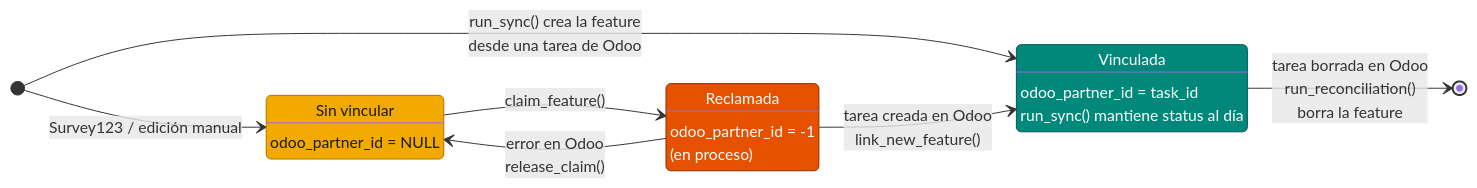
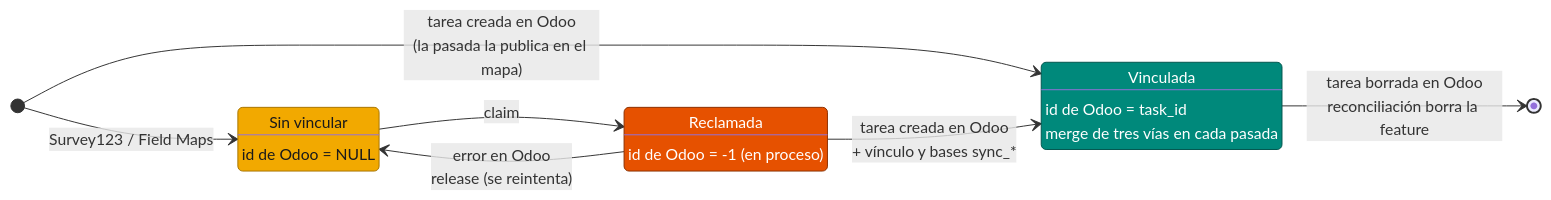
One commit to osbonilla/IntegracionOdooArcGIS changed the seventh of 7 diagrams in README.md. Above: the diagram before and after it, drawn with Mermaid. The commit also changed other lines of this file and 9 other files, not shown here.

````diff
--- a/README.md
+++ b/README.md
@@ -467,27 +397,26 @@
 ```mermaid
 stateDiagram-v2
     direction LR
     state "Sin vincular" as SinVincular
     state "Reclamada" as Reclamada
     state "Vinculada" as Vinculada
 
-    SinVincular : odoo_partner_id = NULL
-    Reclamada : odoo_partner_id = -1
-    Reclamada : (en proceso)
-    Vinculada : odoo_partner_id = task_id
-    Vinculada : run_sync() mantiene status al día
+    SinVincular : id de Odoo = NULL
+    Reclamada : id de Odoo = -1 (en proceso)
+    Vinculada : id de Odoo = task_id
+    Vinculada : merge de tres vías en cada pasada
 
-    [*] --> SinVincular : Survey123 / edición manual
-    [*] --> Vinculada : run_sync() crea la feature<br/>desde una tarea de Odoo
-    SinVincular --> Reclamada : claim_feature()
-    Reclamada --> Vinculada : tarea creada en Odoo<br/>link_new_feature()
-    Reclamada --> SinVincular : error en Odoo<br/>release_claim()
-    Vinculada --> [*] : tarea borrada en Odoo<br/>run_reconciliation()<br/>borra la feature
+    [*] --> SinVincular : Survey123 / Field Maps
+    [*] --> Vinculada : tarea creada en Odoo<br/>(la pasada la publica en el mapa)
+    SinVincular --> Reclamada : claim
+    Reclamada --> Vinculada : tarea creada en Odoo<br/>+ vínculo y bases sync_*
+    Reclamada --> SinVincular : error en Odoo<br/>release (se reintenta)
+    Vinculada --> [*] : tarea borrada en Odoo<br/>reconciliación borra la feature
 
     classDef nulo fill:#F2A900,stroke:#a87500,color:#1a1a1a
     classDef claim fill:#E65100,stroke:#8c3100,color:#ffffff
     classDef ok fill:#00897B,stroke:#00564d,color:#ffffff
     class SinVincular nulo
     class Reclamada claim
     class Vinculada ok
 ```
````
